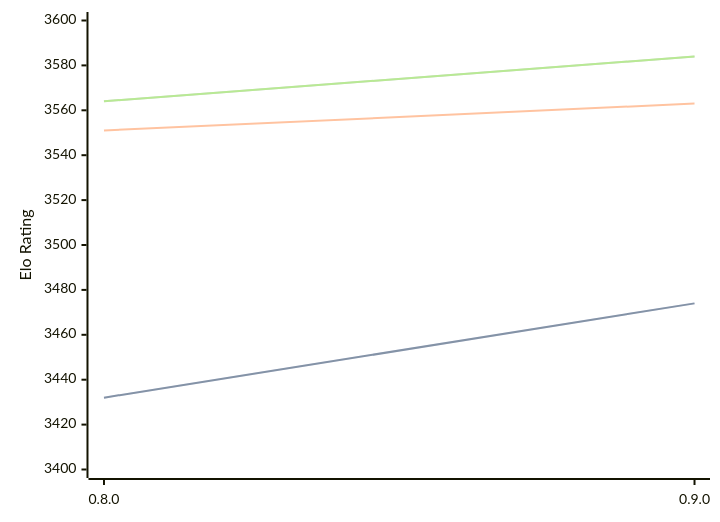
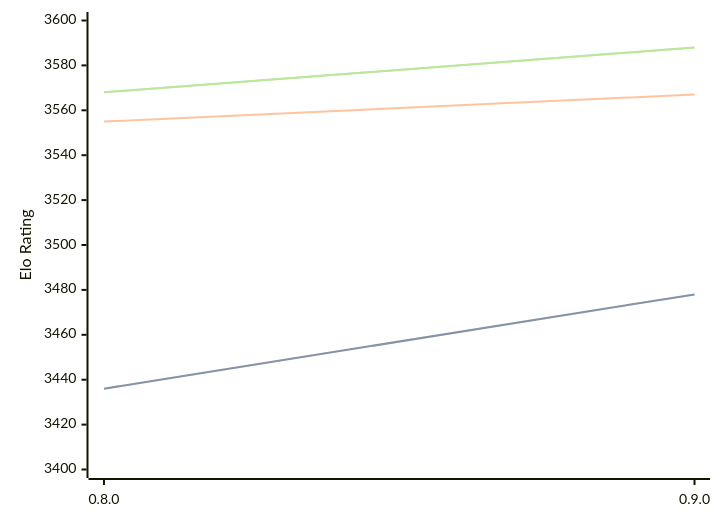
One commit to computer-chess-index/cci changed the diagram in engines/Reckless.md. Above: the diagram before and after it, drawn with Mermaid. The commit also changed other lines of this file, not shown here.

Commit message:
Update CCI Ratings (ELO VLTC) - 2026-08-18

````diff
--- a/engines/Reckless.md
+++ b/engines/Reckless.md
@@ -32,11 +32,11 @@
 ```mermaid
 %%{init: {"theme":"base","themeVariables":{"seriesColors:['#a3a3a3','#222221','#faa371']}}}%%
 xychart-beta
   x-axis ["0.8.0", "0.9.0"]
   y-axis "Elo Rating" 3400 --> 3600
-  line "STC (8.0+0.08s)" [3432, 3474]
-  line "STC (8.0+0.08s)" [3432, 3474]
-  line "LTC (60.0+0.60s)" [3551, 3563]
-  line "VLTC (2m24s+1.12s)" [3564, 3584]
-  line "VLTC (2m24s+1.12s)" [3564, 3584]
+  line "STC (8.0+0.08s)" [3436, 3478]
+  line "STC (8.0+0.08s)" [3436, 3478]
+  line "LTC (60.0+0.60s)" [3555, 3567]
+  line "VLTC (2m24s+1.12s)" [3568, 3588]
+  line "VLTC (2m24s+1.12s)" [3568, 3588]
 ```
````
